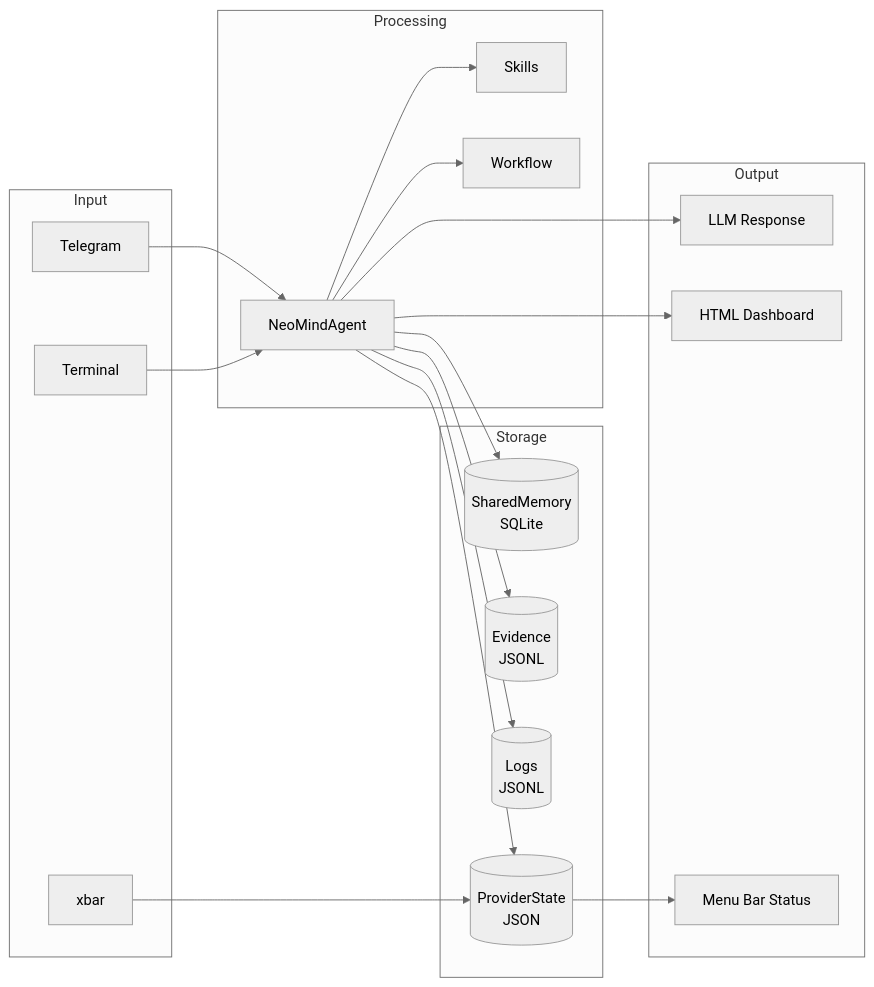
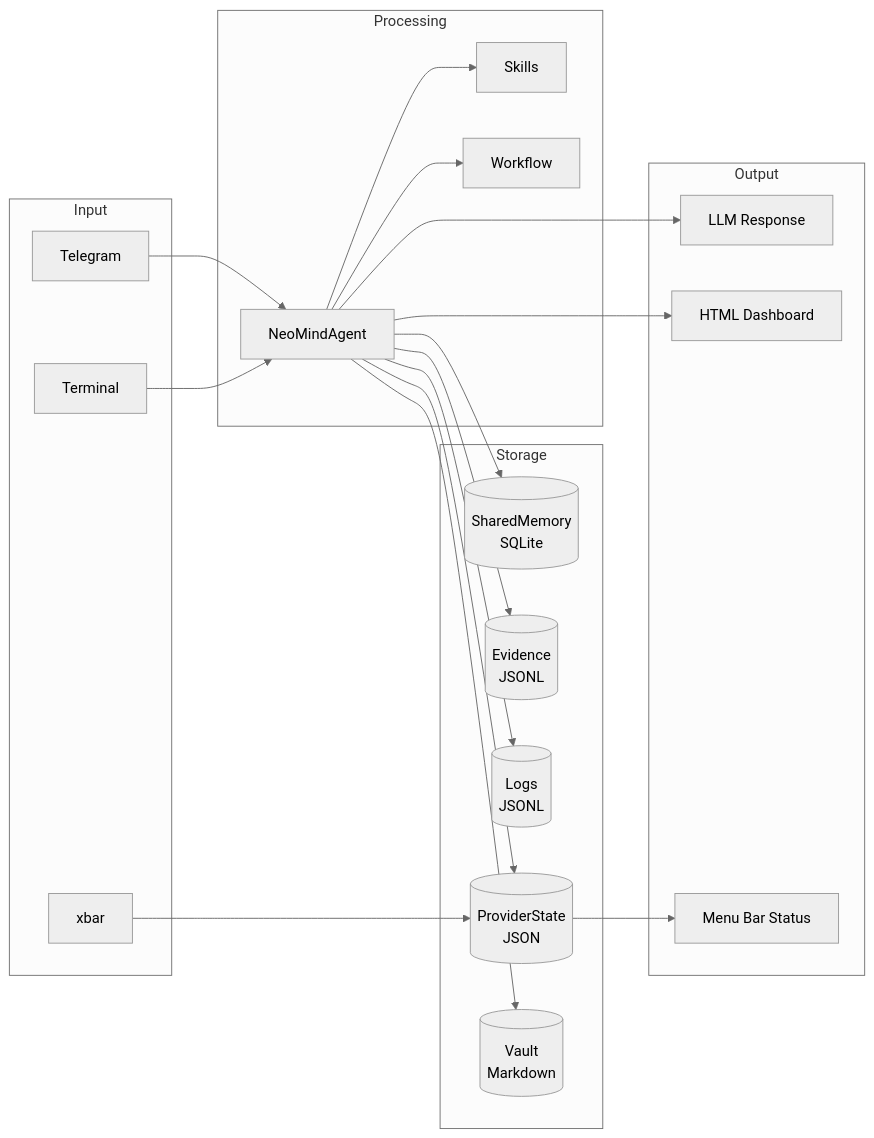
The fourth of 4 diagrams in README.md (ikol172q/NeoMind_agent), drawn with Mermaid (neutral theme) before and after one commit. The commit also changed other lines of this file and 17 other files, not shown here.

````diff
--- a/README.md
+++ b/README.md
@@ -344,35 +362,36 @@
 ```mermaid
 flowchart LR
     subgraph Input
         TG[Telegram]
         CLI[Terminal]
         XB[xbar]
     end
 
     subgraph Processing
         CORE[NeoMindAgent]
         SK[Skills]
         WF[Workflow]
     end
 
     subgraph Storage
         SM[(SharedMemory<br/>SQLite)]
         EV[(Evidence<br/>JSONL)]
         LOG[(Logs<br/>JSONL)]
         PS[(ProviderState<br/>JSON)]
+        VLT[(Vault<br/>Markdown)]
     end
 
     subgraph Output
         RESP[LLM Response]
         DASH[HTML Dashboard]
         XBUI[Menu Bar Status]
     end
 
     TG & CLI --> CORE
     XB --> PS
     CORE --> SK & WF
-    CORE --> SM & EV & LOG
+    CORE --> SM & EV & LOG & VLT
     CORE --> PS
     CORE --> RESP & DASH
     PS --> XBUI
 ```
````
